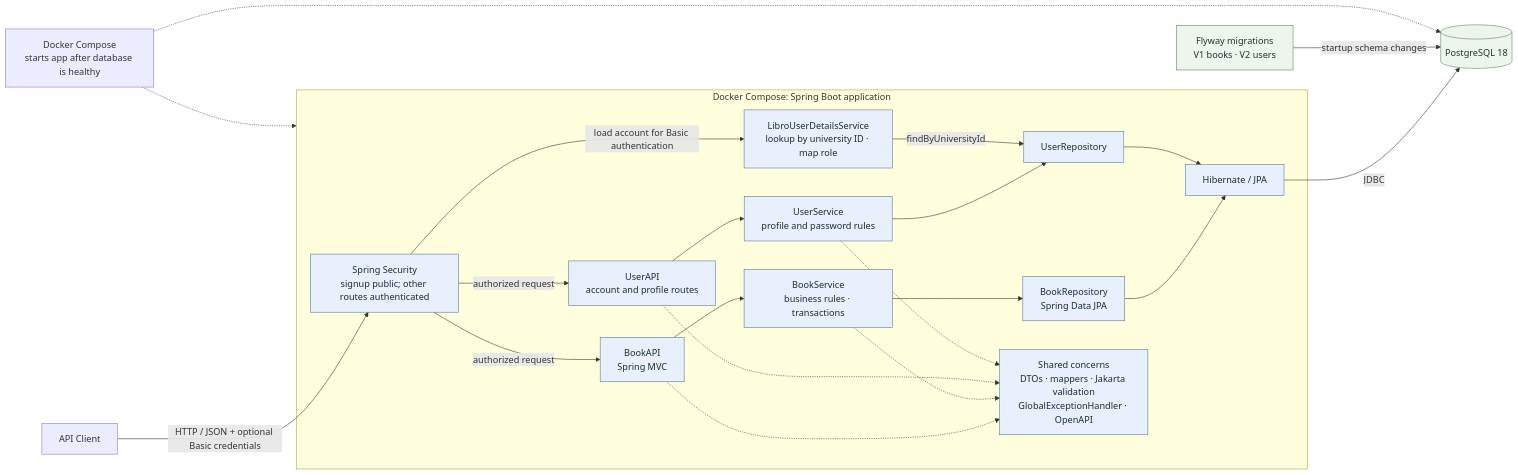
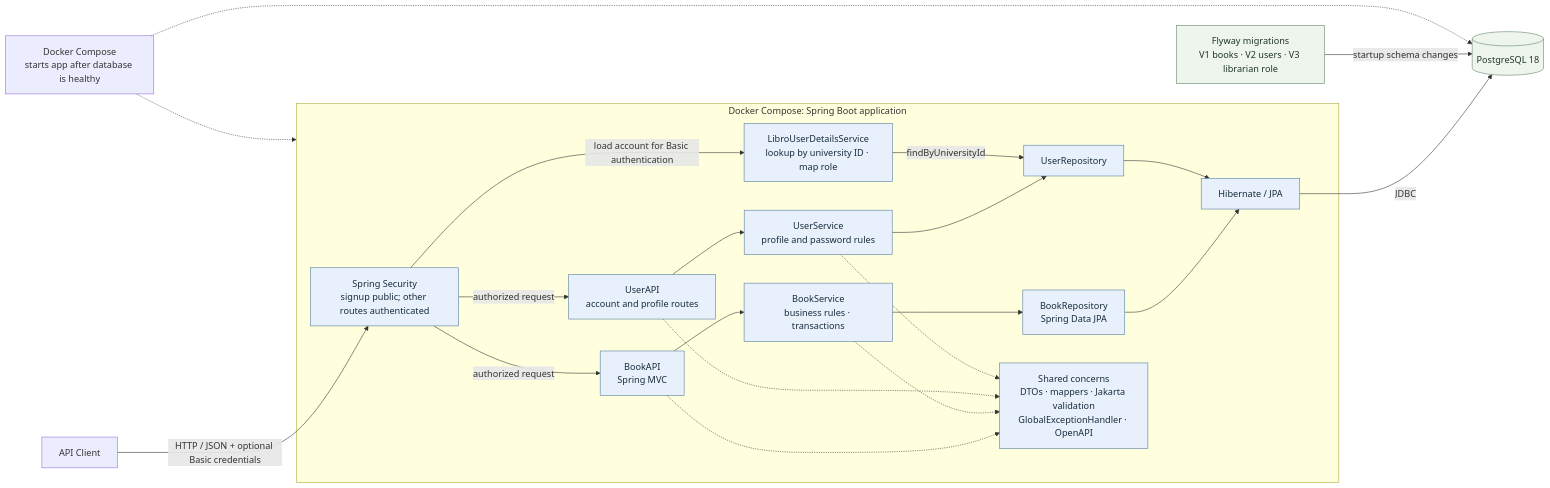
The first of 6 diagrams in data/readmes/kyledelfin2006__libro-library-system.md (zqf20096327/dbhub_collect), drawn with Mermaid before and after one commit. The commit also changed other lines of this file and 443 other files, not shown here.

````diff
--- a/data/readmes/kyledelfin2006__libro-library-system.md
+++ b/data/readmes/kyledelfin2006__libro-library-system.md
@@ -73,30 +82,30 @@
 ```mermaid
 flowchart LR
     Client["API Client"] -->|HTTP / JSON + optional Basic credentials| Security["Spring Security<br/>signup public; other routes authenticated"]
     subgraph App["Docker Compose: Spring Boot application"]
         API["BookAPI<br/>Spring MVC"] --> Service["BookService<br/>business rules · transactions"]
         Service --> BookRepo["BookRepository<br/>Spring Data JPA"]
         BookRepo --> ORM["Hibernate / JPA"]
         UserAPI["UserAPI<br/>account and profile routes"] --> User["UserService<br/>profile and password rules"]
         User --> UserRepo["UserRepository"]
         Security -->|load account for Basic authentication| UserDetails["LibroUserDetailsService<br/>lookup by university ID · map role"]
         UserDetails -->|findByUniversityId| UserRepo
         UserRepo --> ORM
         Shared["Shared concerns<br/>DTOs · mappers · Jakarta validation<br/>GlobalExceptionHandler · OpenAPI"]
         Security -->|authorized request| API
         Security -->|authorized request| UserAPI
         API -.-> Shared
         Service -.-> Shared
         UserAPI -.-> Shared
         User -.-> Shared
     end
     ORM -->|JDBC| DB[("PostgreSQL 18")]
-    Flyway["Flyway migrations<br/>V1 books · V2 users"] -->|startup schema changes| DB
+    Flyway["Flyway migrations<br/>V1 books · V2 users · V3 librarian role"] -->|startup schema changes| DB
     Compose["Docker Compose<br/>starts app after database is healthy"] -.-> App
     Compose -.-> DB
 
     classDef service fill:#e8f1fb,stroke:#5078a0,color:#172b3d
     classDef data fill:#edf5ed,stroke:#62836a,color:#203528
     class API,Service,BookRepo,ORM,UserAPI,User,UserRepo,UserDetails,Shared,Security service
     class DB,Flyway data
 ```
````
